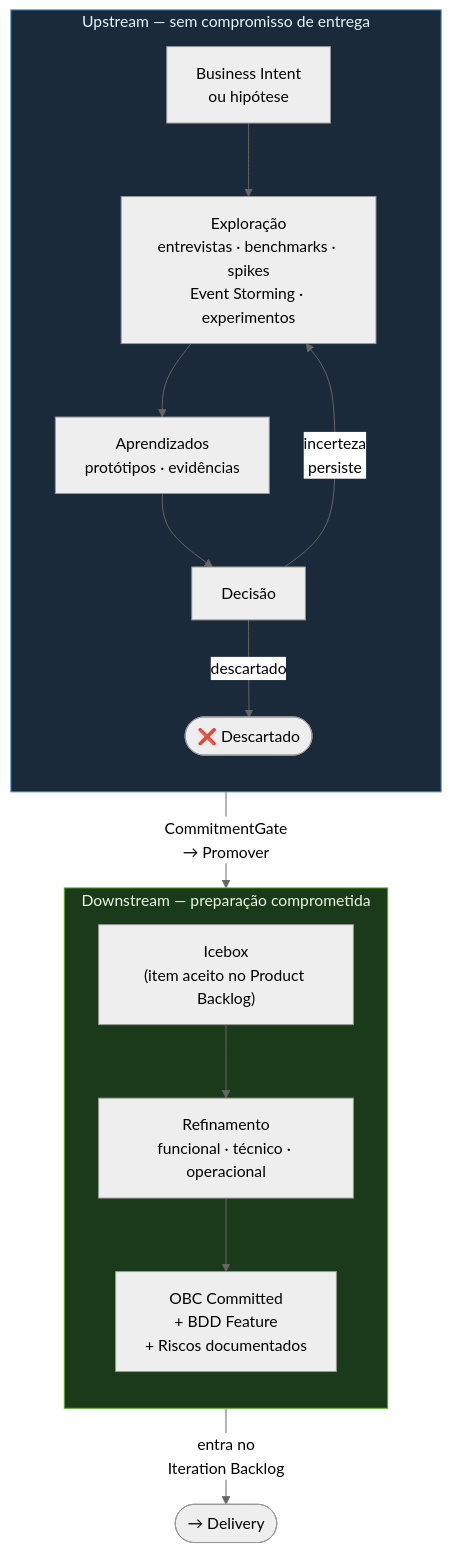
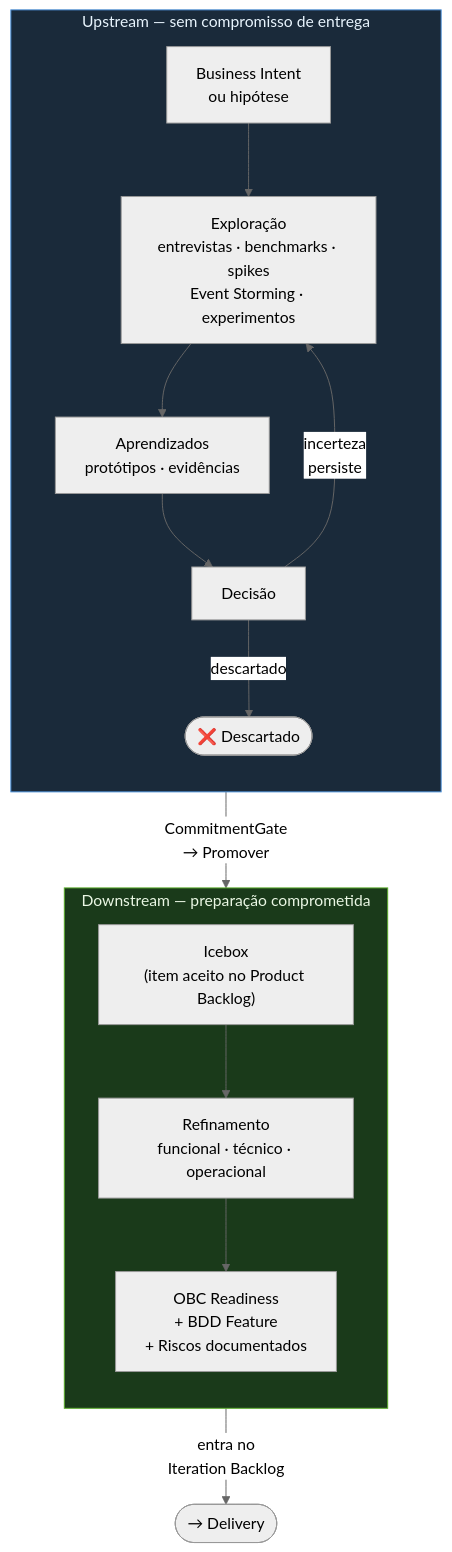
The diagram in prodops/framework/journeys/discovery/README.md (produtoreativo/prodops-framework), drawn with Mermaid (neutral theme) before and after one commit. The commit also changed other lines of this file and 70 other files, not shown here.

````diff
--- a/prodops/framework/journeys/discovery/README.md
+++ b/prodops/framework/journeys/discovery/README.md
@@ -3,27 +3,27 @@
 ```mermaid
 flowchart TD
     subgraph UP["Upstream — sem compromisso de entrega"]
         direction TB
         INT["Business Intent\nou hipótese"]
         EXP["Exploração\nentrevistas · benchmarks · spikes\nEvent Storming · experimentos"]
         LEARN["Aprendizados\nprotótipos · evidências"]
         DISC["Decisão"]
         INT --> EXP --> LEARN --> DISC
         DISC -->|"incerteza\npersiste"| EXP
         DISC -->|"descartado"| DISCARD(["❌ Descartado"])
     end
 
     subgraph DOWN["Downstream — preparação comprometida"]
         direction TB
         ICE["Icebox\n(item aceito no Product Backlog)"]
         REF["Refinamento\nfuncional · técnico · operacional"]
-        OBC["OBC Committed\n+ BDD Feature\n+ Riscos documentados"]
+        OBC["OBC Readiness\n+ BDD Feature\n+ Riscos documentados"]
         ICE --> REF --> OBC
     end
 
     DISC -->|"CommitmentGate\n→ Promover"| DOWN
     OBC -->|"entra no\nIteration Backlog"| NEXT(["→ Delivery"])
 
     style UP fill:#1a2a3a,stroke:#4a90d9,color:#e8f4fd
     style DOWN fill:#1a3a1a,stroke:#5aad2a,color:#eaf7e4
 ```
````
